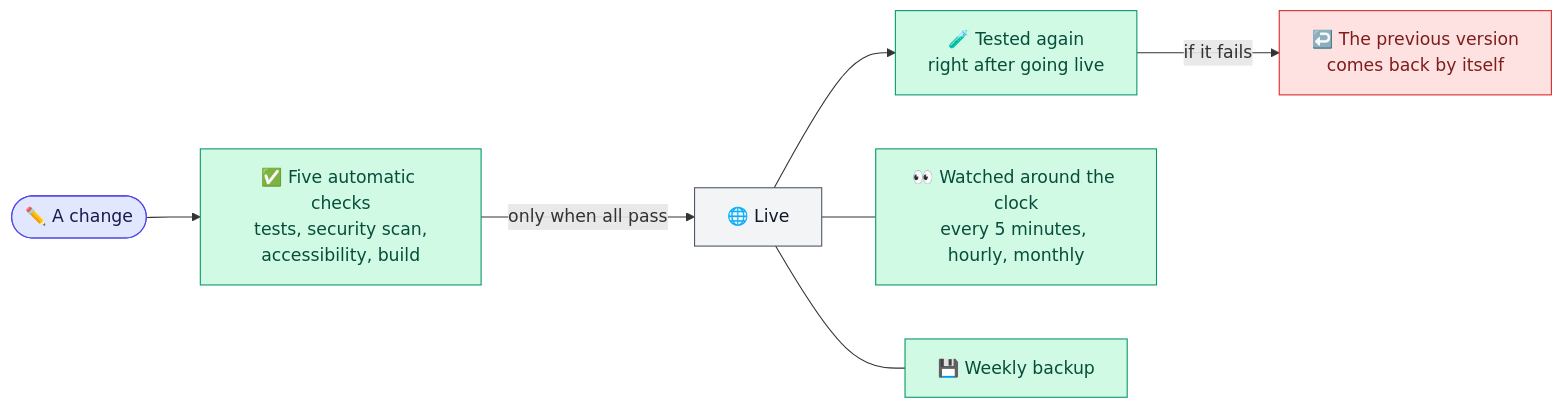
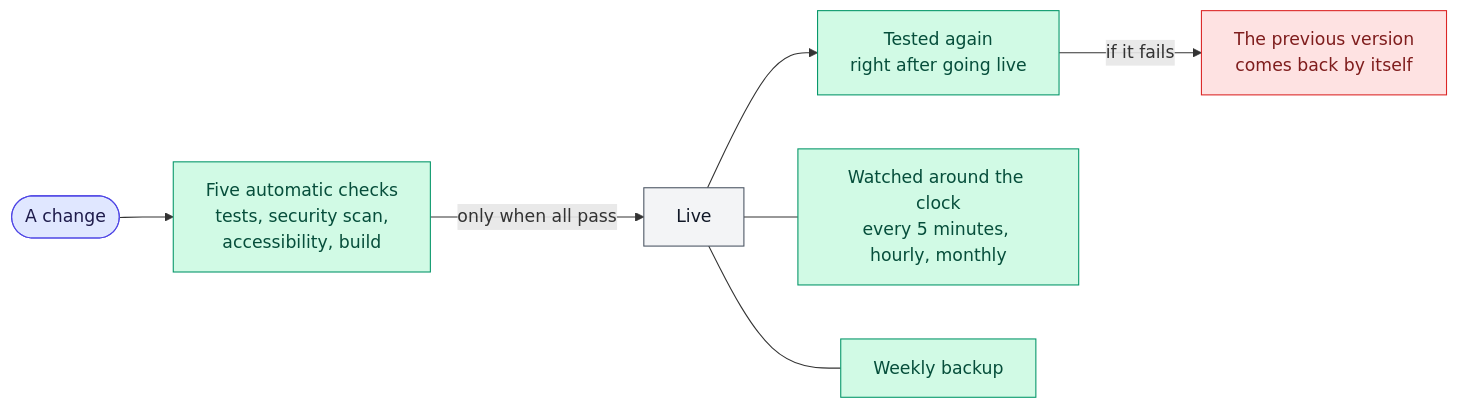
Before and after one commit to tomdevtech/ExoAtlas: the second of 2 diagrams in README.md, drawn with Mermaid. The commit also changed other lines of this file, not shown here.

Commit message:
Drop the emojis from the README diagrams

````diff
--- a/README.md
+++ b/README.md
@@ -138,14 +138,14 @@
 ```mermaid
 flowchart LR
-    Change([✏️ A change]):::change --> Checks[✅ Five automatic checks<br>tests, security scan,<br>accessibility, build]:::check
-    Checks -->|only when all pass| Live[🌐 Live]:::site
-    Live --> Smoke[🧪 Tested again<br>right after going live]:::check
-    Smoke -->|if it fails| Back[↩️ The previous version<br>comes back by itself]:::alarm
-    Live --- Watch[👀 Watched around the clock<br>every 5 minutes, hourly, monthly]:::check
-    Live --- Backup[💾 Weekly backup]:::check
+    Change([A change]):::change --> Checks[Five automatic checks<br>tests, security scan,<br>accessibility, build]:::check
+    Checks -->|only when all pass| Live[Live]:::site
+    Live --> Smoke[Tested again<br>right after going live]:::check
+    Smoke -->|if it fails| Back[The previous version<br>comes back by itself]:::alarm
+    Live --- Watch[Watched around the clock<br>every 5 minutes, hourly, monthly]:::check
+    Live --- Backup[Weekly backup]:::check
 
     classDef change fill:#e0e7ff,stroke:#4f46e5,color:#1e1b4b
     classDef check fill:#d1fae5,stroke:#059669,color:#064e3b
     classDef site fill:#f3f4f6,stroke:#4b5563,color:#111827
     classDef alarm fill:#fee2e2,stroke:#dc2626,color:#7f1d1d
 ```
````
